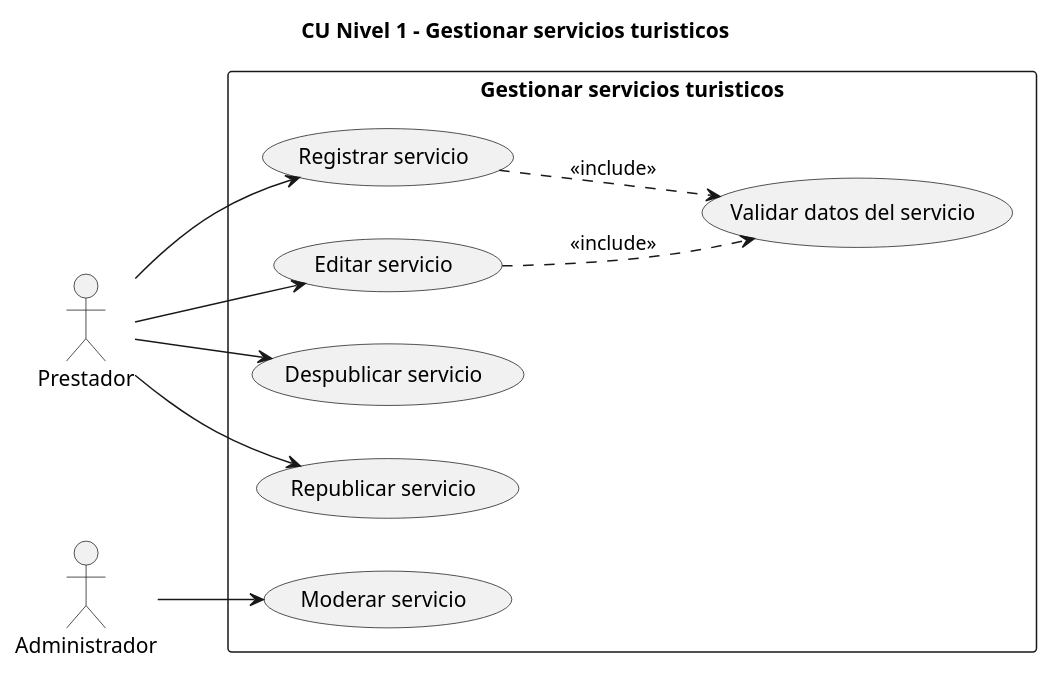
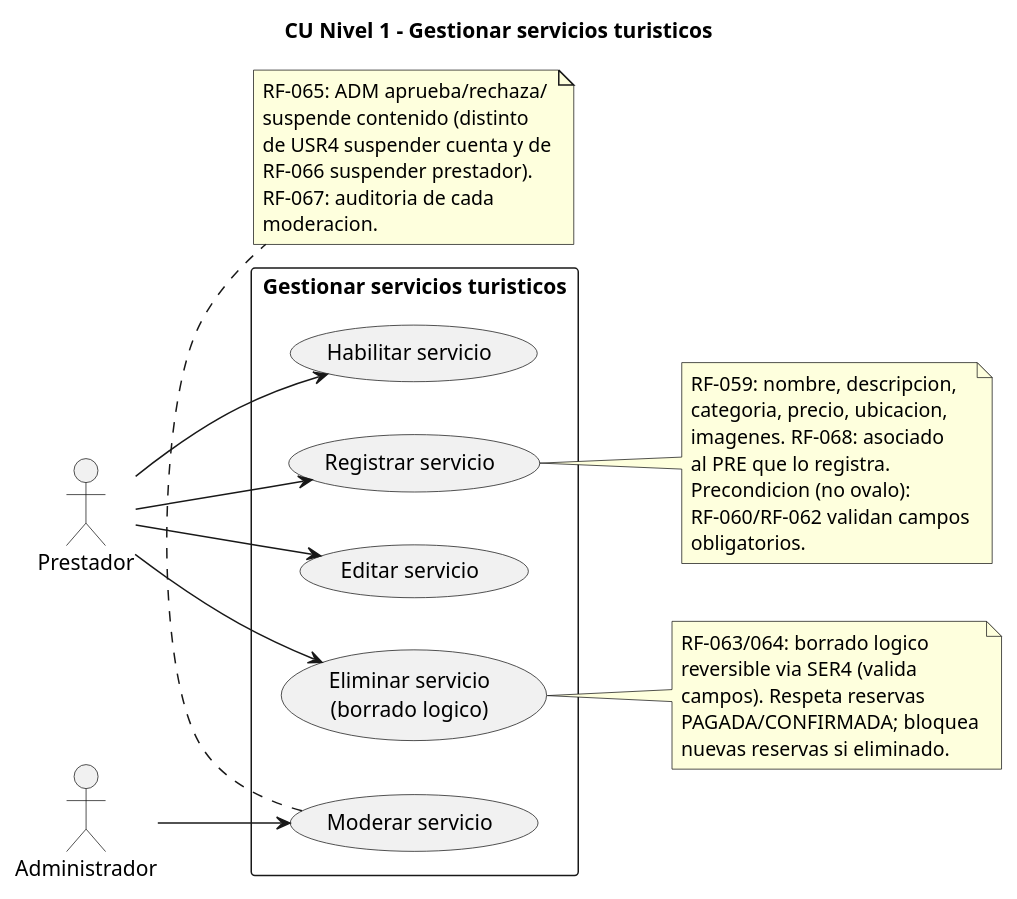
One commit to sebastianCavadia/turismo-santa-marta changed the diagram in docs/02_requisitos/puml/cu-n1-servicios.puml. Above: the diagram before and after it, drawn with PlantUML. The commit also changed 33 other files, not shown here.

```diff
--- a/docs/02_requisitos/puml/cu-n1-servicios.puml
+++ b/docs/02_requisitos/puml/cu-n1-servicios.puml
@@ -1,27 +1,52 @@
 @startuml CU-N1-Servicios
-' Nivel 1 - Expande: Gestionar servicios turisticos
+' Nivel 1 - Expande: Gestionar servicios turisticos (CU_S)
+' Trazabilidad: RF-059..068.
+' Correcciones: validacion es precondicion (no CU);
+' suspender cuenta (USR) != suspender contenido (SER5).
 title CU Nivel 1 - Gestionar servicios turisticos
 left to right direction
 
 actor "Prestador" as PRE
 actor "Administrador" as ADM
 
 rectangle "Gestionar servicios turisticos" {
-  usecase "Registrar servicio" as S1
-  usecase "Editar servicio" as S2
-  usecase "Validar datos del servicio" as S3
-  usecase "Despublicar servicio" as S4
-  usecase "Republicar servicio" as S5
-  usecase "Moderar servicio" as S6
+  usecase "Registrar servicio" as SER1
+  usecase "Editar servicio" as SER2
+  usecase "Eliminar servicio\n(borrado logico)" as SER3
+  usecase "Habilitar servicio" as SER4
+  usecase "Moderar servicio" as SER5
 }
 
-PRE --> S1
-PRE --> S2
-PRE --> S4
-PRE --> S5
-ADM --> S6
+PRE --> SER1
+PRE --> SER2
+PRE --> SER3
+PRE --> SER4
+ADM --> SER5
 
-S1 ..> S3 : <<include>>
-S2 ..> S3 : <<include>>
-' S6 standalone de Admin, sin extend cruzando actores
+note right of SER1
+  RF-059: nombre, descripcion,
+  categoria, precio, ubicacion,
+  imagenes. RF-068: asociado
+  al PRE que lo registra.
+  Precondicion (no ovalo):
+  RF-060/RF-062 validan campos
+  obligatorios.
+end note
+
+note right of SER3
+  RF-063/064: borrado logico
+  reversible via SER4 (valida
+  campos). Respeta reservas
+  PAGADA/CONFIRMADA; bloquea
+  nuevas reservas si eliminado.
+end note
+
+note bottom of SER5
+  RF-065: ADM aprueba/rechaza/
+  suspende contenido (distinto
+  de USR4 suspender cuenta y de
+  RF-066 suspender prestador).
+  RF-067: auditoria de cada
+  moderacion.
+end note
 @enduml
```
